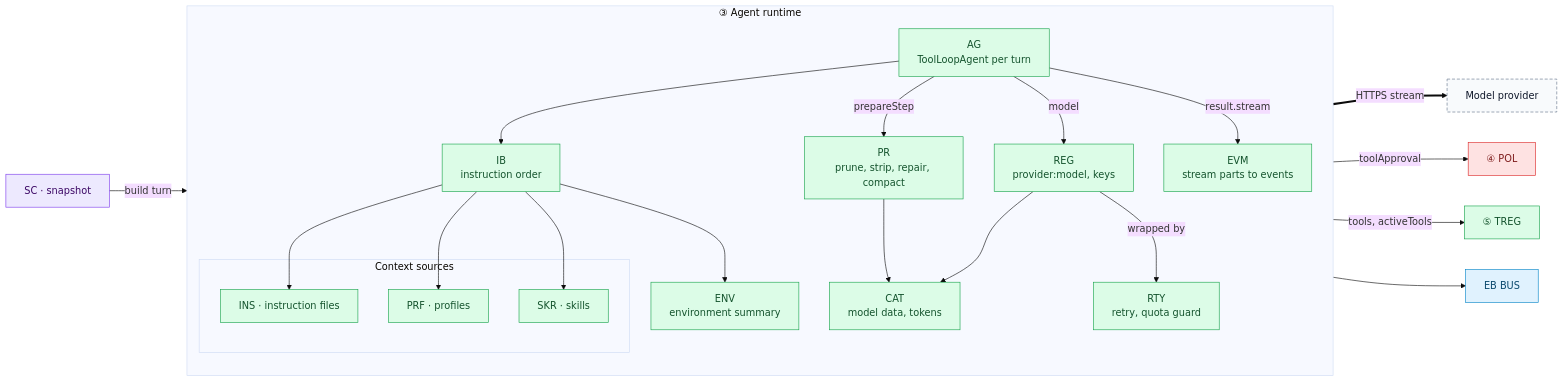
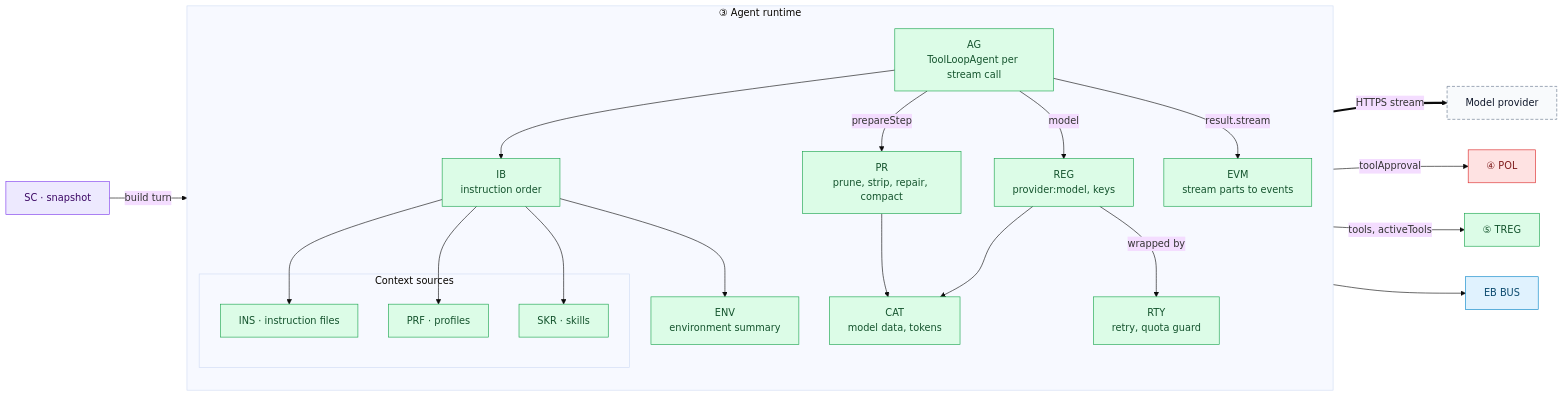
Before and after one commit to Dakshnagpal/antai-agent: the fifth of 10 diagrams in docs/Deliverables/01_hld_architecture.md, drawn with Mermaid (base theme). The commit also changed other lines of this file and 18 other files, not shown here.

````diff
--- a/docs/Deliverables/01_hld_architecture.md
+++ b/docs/Deliverables/01_hld_architecture.md
@@ -404,50 +425,50 @@
 ```mermaid
 flowchart LR
     SC["SC · snapshot"]
     subgraph A["③ Agent runtime"]
         direction TB
-        AG["AG<br/>ToolLoopAgent per turn"]
+        AG["AG<br/>ToolLoopAgent per stream call"]
         EVM["EVM<br/>stream parts to events"]
         IB["IB<br/>instruction order"]
         ENV["ENV<br/>environment summary"]
         PR["PR<br/>prune, strip, repair, compact"]
         REG["REG<br/>provider:model, keys"]
         CAT["CAT<br/>model data, tokens"]
         RTY["RTY<br/>retry, quota guard"]
         subgraph CS["Context sources"]
             INS["INS · instruction files"]
             PRF["PRF · profiles"]
             SKR["SKR · skills"]
         end
     end
     POL["④ POL"]
     TREG["⑤ TREG"]
     BUS["EB BUS"]
     LLM["Model provider"]
     SC -- "build turn" --> AG
     AG --> IB
     IB --> INS
     IB --> PRF
     IB --> SKR
     IB --> ENV
     AG -- "prepareStep" --> PR
     PR --> CAT
     AG -- "model" --> REG
     REG --> CAT
     REG -- "wrapped by" --> RTY
     RTY == "HTTPS stream" ==> LLM
     AG -- "toolApproval" --> POL
     AG -- "tools, activeTools" --> TREG
     AG -- "result.stream" --> EVM
     EVM --> BUS
     classDef orch fill:#ede9fe,stroke:#7c3aed,color:#3b0764
     classDef core fill:#dcfce7,stroke:#16a34a,color:#14532d
     classDef safety fill:#fee2e2,stroke:#dc2626,color:#7f1d1d
     classDef ui fill:#e0f2fe,stroke:#0284c7,color:#0c4a6e
     classDef ext fill:#f8fafc,stroke:#64748b,color:#0f172a,stroke-dasharray:5 3
     class SC orch
     class AG,EVM,IB,ENV,PR,REG,CAT,RTY,INS,PRF,SKR,TREG core
     class POL safety
     class BUS ui
     class LLM ext
 ```
````
